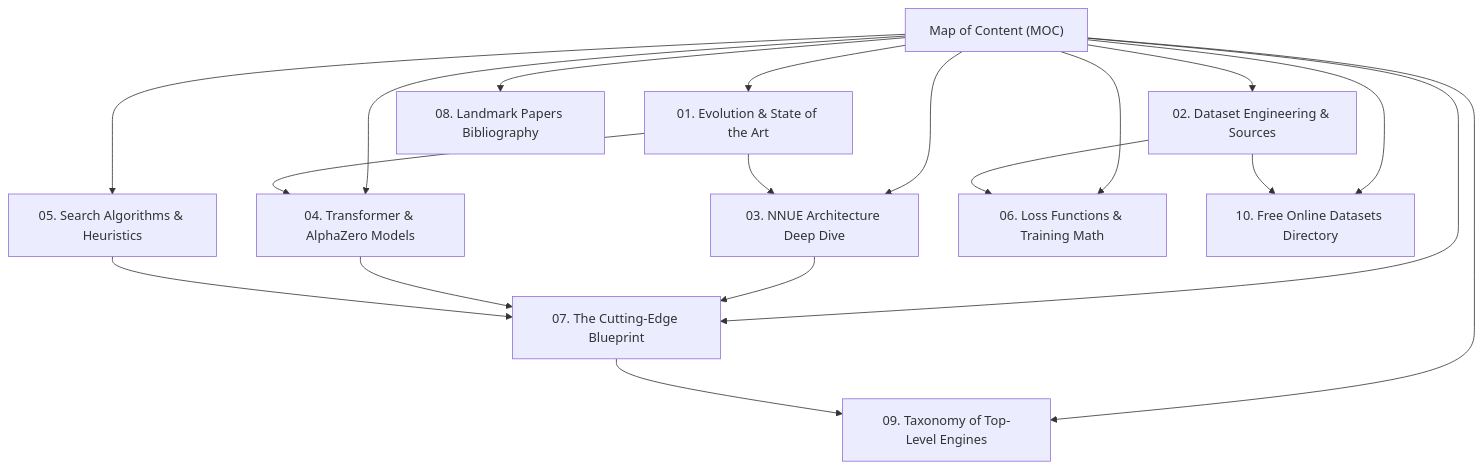
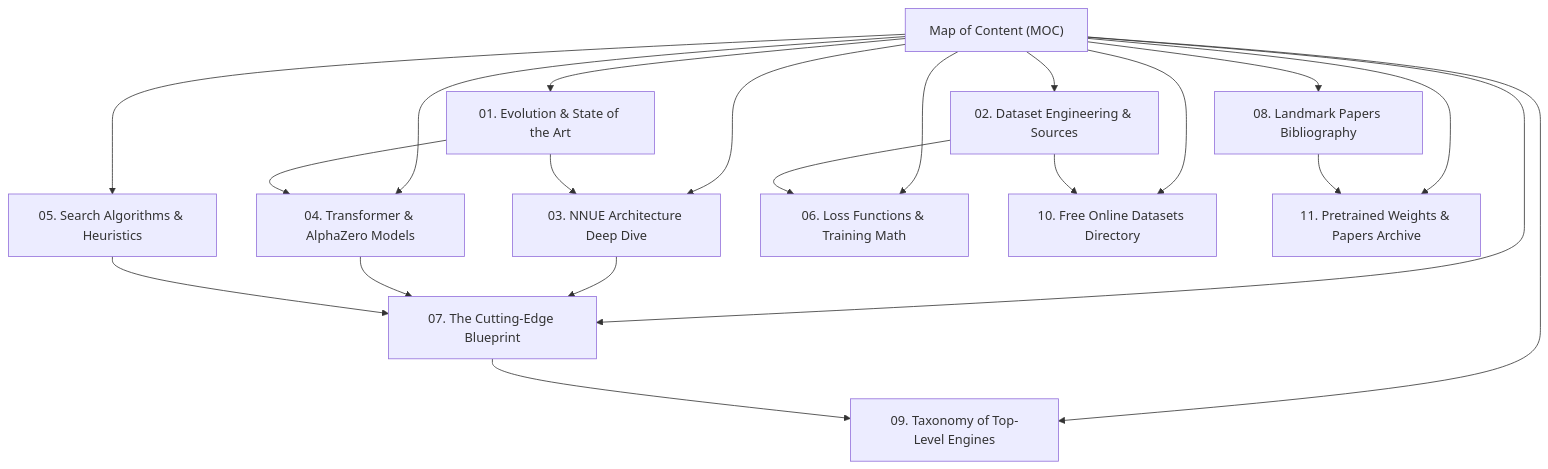
One commit to hammadshakeelai/apex-chess-engine changed the diagram in obsidian-vault/00-Index-Map-of-Content.md. Above: the diagram before and after it, drawn with Mermaid. The commit also changed 6 other files, not shown here.

Commit message:
feat: add research paper PDFs (DeepMind Searchless, Efficient Self-Play, AlphaZero, Maia) and pretrained weights registry

````diff
--- a/obsidian-vault/00-Index-Map-of-Content.md
+++ b/obsidian-vault/00-Index-Map-of-Content.md
@@ -12,23 +12,25 @@
 ```mermaid
 flowchart TD
     Index["Map of Content (MOC)"]
     Index --> Hist["01. Evolution & State of the Art"]
     Index --> Data["02. Dataset Engineering & Sources"]
     Index --> NNUE["03. NNUE Architecture Deep Dive"]
     Index --> Trans["04. Transformer & AlphaZero Models"]
     Index --> Search["05. Search Algorithms & Heuristics"]
     Index --> Math["06. Loss Functions & Training Math"]
     Index --> Blue["07. The Cutting-Edge Blueprint"]
     Index --> Bib["08. Landmark Papers Bibliography"]
     Index --> Tax["09. Taxonomy of Top-Level Engines"]
     Index --> FreeData["10. Free Online Datasets Directory"]
+    Index --> Weights["11. Pretrained Weights & Papers Archive"]
 
     Hist --> NNUE
     Hist --> Trans
     Data --> Math
     NNUE --> Blue
     Trans --> Blue
     Search --> Blue
     Blue --> Tax
     Data --> FreeData
+    Bib --> Weights
 ```
````
